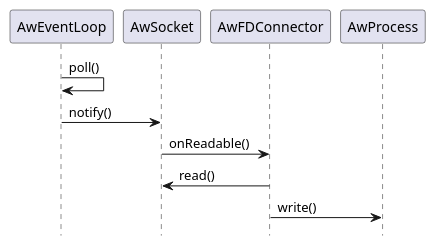
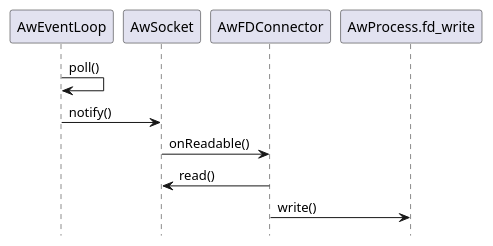
One commit to andrew-rogers/AndrewWIDE changed the diagram in doc/read_write_sd.puml. Above: the diagram before and after it, drawn with PlantUML. The commit also changed 3 other files, not shown here.

```diff
--- a/doc/read_write_sd.puml
+++ b/doc/read_write_sd.puml
@@ -1,8 +1,8 @@
 @startuml
 hide footbox
 AwEventLoop -> AwEventLoop : poll()
 AwEventLoop -> AwSocket : notify()
 AwSocket -> AwFDConnector : onReadable()
 AwFDConnector -> AwSocket : read()
-AwFDConnector -> AwProcess : write()
+AwFDConnector -> AwProcess.fd_write : write()
 @enduml
```
